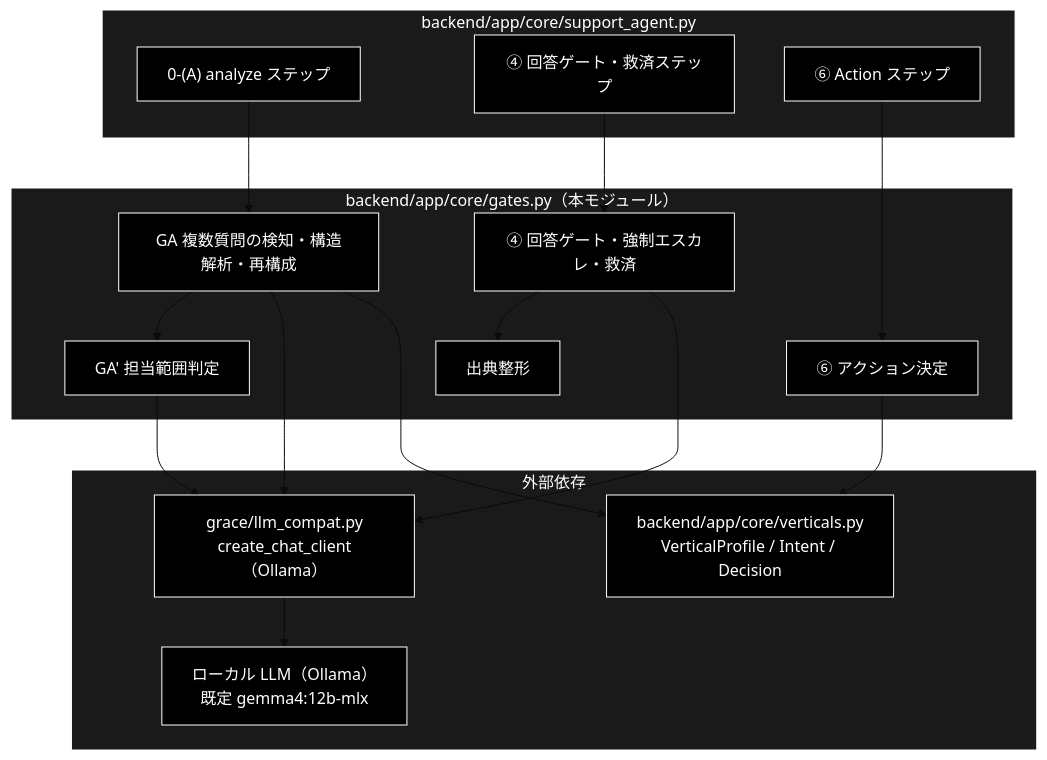
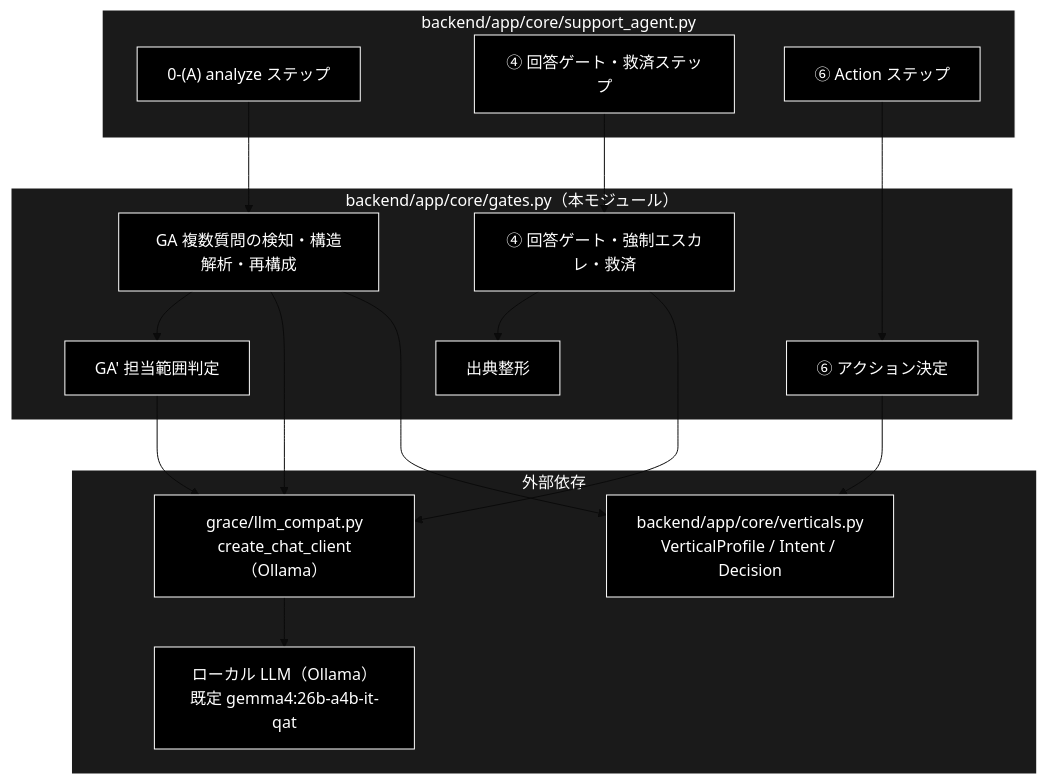
Before and after one commit to nakashima2toshio/grace_v2_local: the first of 4 diagrams in backend/docs/reference/core_gates.md, drawn with Mermaid (base theme). The commit also changed other lines of this file and 36 other files, not shown here.

First line of the commit message:
docs: 「LLM は Anthropic Claude」・旧既定モデルの記述を Ollama 版の実態へ直す（作業途中）

````diff
--- a/backend/docs/reference/core_gates.md
+++ b/backend/docs/reference/core_gates.md
@@ -109,40 +109,40 @@
 ```mermaid
 flowchart TB
     subgraph CALLER["backend/app/core/support_agent.py"]
         SA0["0-(A) analyze ステップ"]
         SA4["④ 回答ゲート・救済ステップ"]
         SA6["⑥ Action ステップ"]
     end
 
     subgraph GATES["backend/app/core/gates.py（本モジュール）"]
         GA["GA 複数質問の検知・構造解析・再構成"]
         GAP["GA' 担当範囲判定"]
         G4["④ 回答ゲート・強制エスカレ・救済"]
         G6["⑥ アクション決定"]
         GC["出典整形"]
     end
 
     subgraph EXTERNAL["外部依存"]
         VERT["backend/app/core/verticals.py<br>VerticalProfile / Intent / Decision"]
         LLM["grace/llm_compat.py<br>create_chat_client（Ollama）"]
-        OLLAMA["ローカル LLM（Ollama）<br>既定 gemma4:12b-mlx"]
+        OLLAMA["ローカル LLM（Ollama）<br>既定 gemma4:26b-a4b-it-qat"]
     end
 
     SA0 --> GA
     GA --> GAP
     SA4 --> G4
     SA6 --> G6
     G4 --> GC
     GA --> LLM
     GAP --> LLM
     G4 --> LLM
     G6 --> VERT
     GA --> VERT
     LLM --> OLLAMA
 classDef default fill:#000,stroke:#fff,color:#fff
 classDef subgraphStyle fill:#1a1a1a,stroke:#fff,color:#fff
 class SA0,SA4,SA6,GA,GAP,G4,G6,GC,VERT,LLM,OLLAMA default
 style CALLER fill:#1a1a1a,stroke:#fff,color:#fff
 style GATES fill:#1a1a1a,stroke:#fff,color:#fff
 style EXTERNAL fill:#1a1a1a,stroke:#fff,color:#fff
 ```
````
